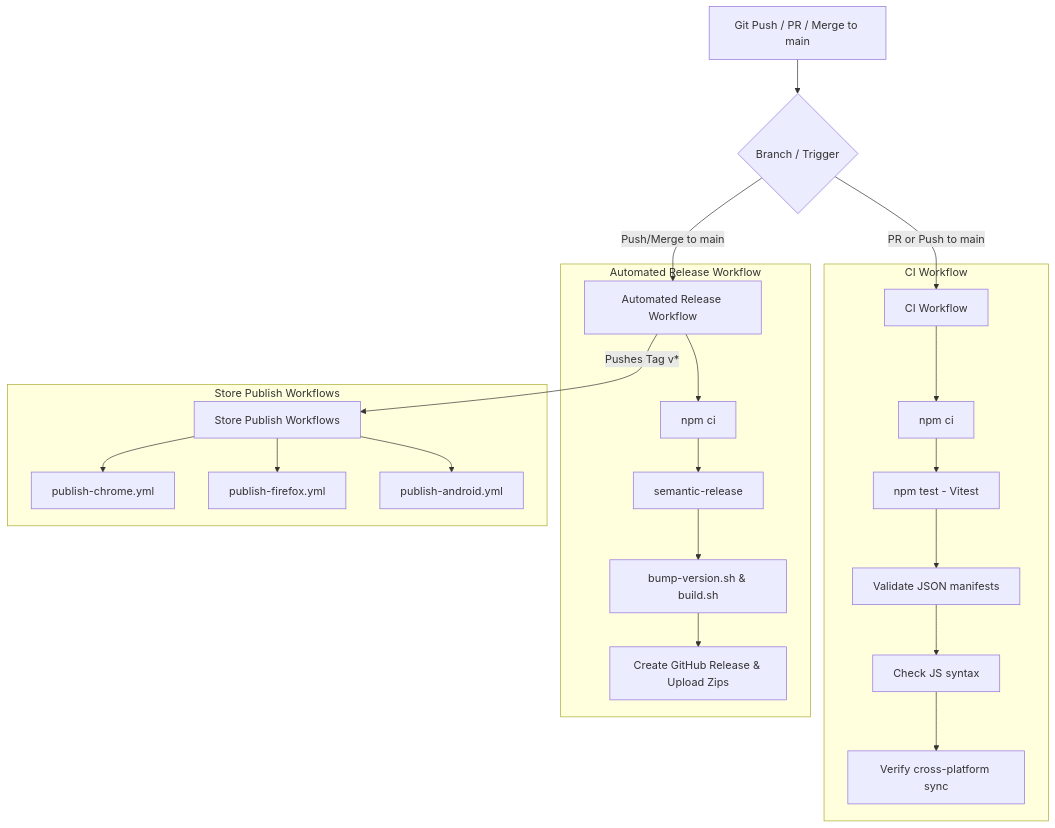
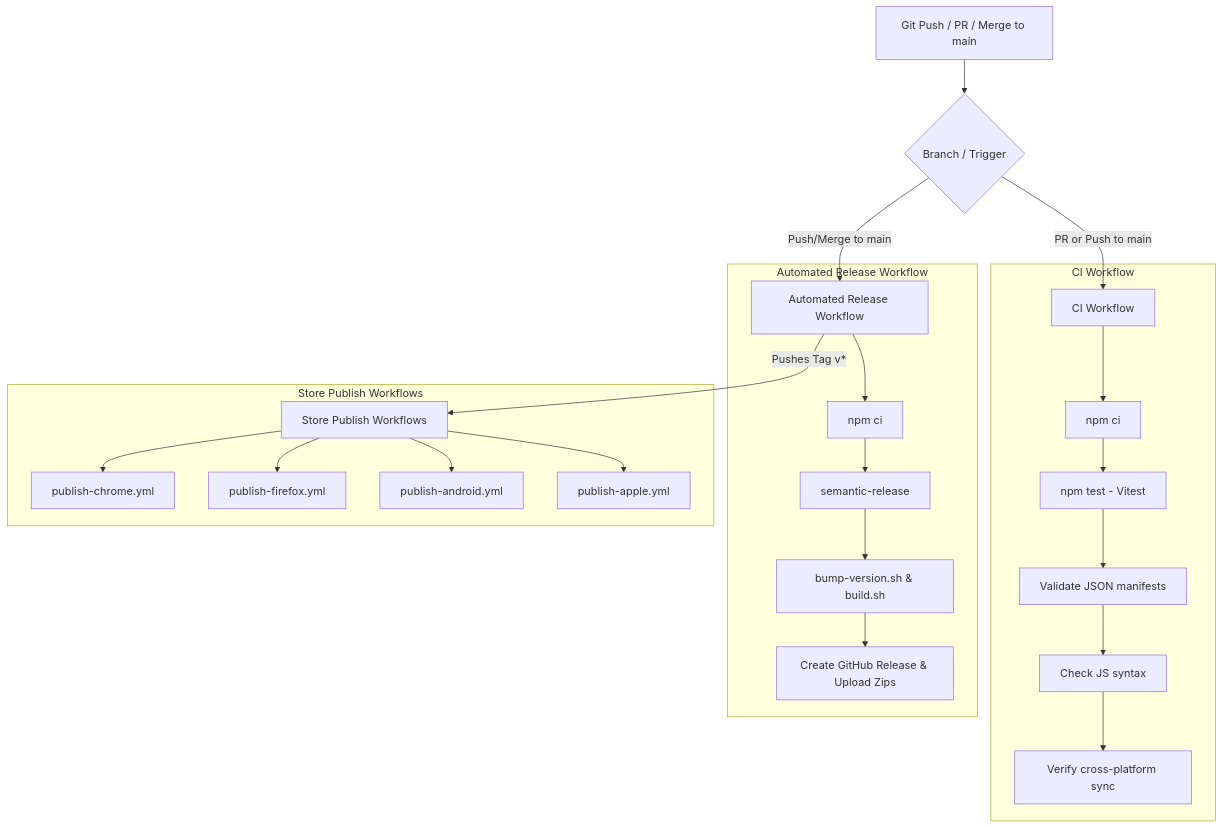
One commit to MaybeItsSoftware/intention changed the diagram in DEVOPS.md. Above: the diagram before and after it, drawn with Mermaid. The commit also changed other lines of this file and 3 other files, not shown here.

First line of the commit message:
feat(ci): add publish-apple.yml for automated App Store Connect uploads

````diff
--- a/DEVOPS.md
+++ b/DEVOPS.md
@@ -147,28 +159,29 @@
 ```mermaid
 graph TD
     A[Git Push / PR / Merge to main] --> B{Branch / Trigger}
     B -- PR or Push to main --> C[CI Workflow]
     B -- Push/Merge to main --> D[Automated Release Workflow]
     D -- Pushes Tag v* --> E[Store Publish Workflows]
     
     subgraph CI Workflow
         C --> C1[npm ci]
         C1 --> C2[npm test - Vitest]
         C2 --> C3[Validate JSON manifests]
         C3 --> C4[Check JS syntax]
         C4 --> C5[Verify cross-platform sync]
     end
     
     subgraph Automated Release Workflow
         D --> D1[npm ci]
         D1 --> D2[semantic-release]
         D2 --> D3[bump-version.sh & build.sh]
         D3 --> D4[Create GitHub Release & Upload Zips]
     end
 
     subgraph Store Publish Workflows
         E --> E1[publish-chrome.yml]
         E --> E2[publish-firefox.yml]
         E --> E3[publish-android.yml]
+        E --> E4[publish-apple.yml]
     end
 ```
````
